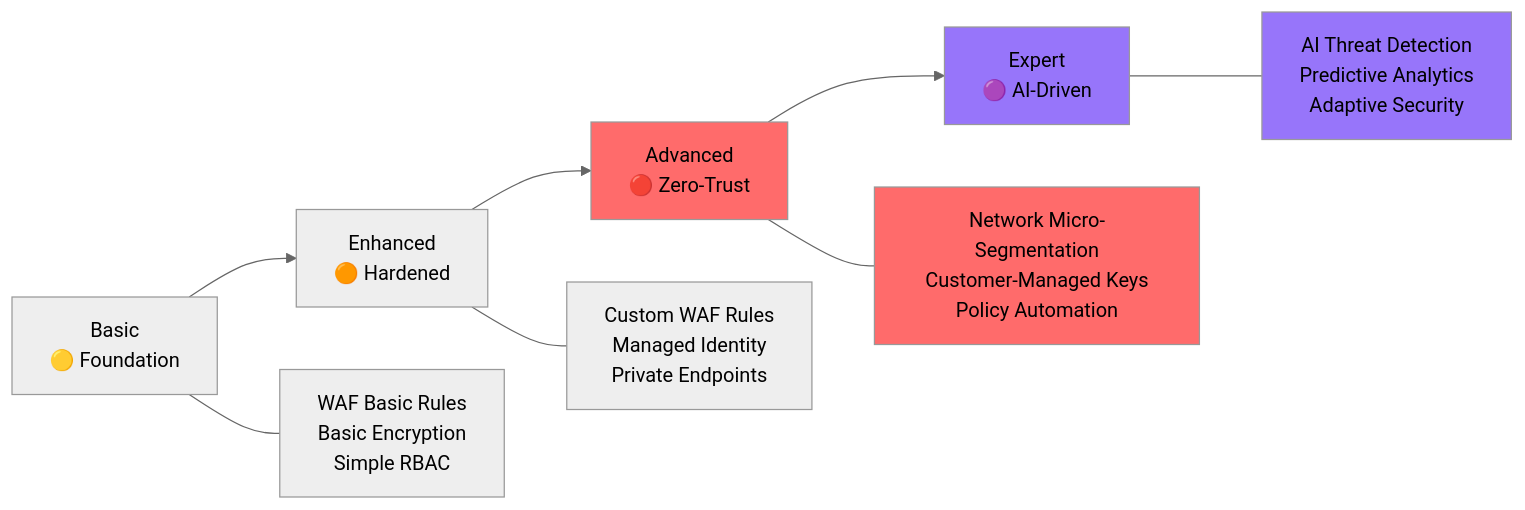
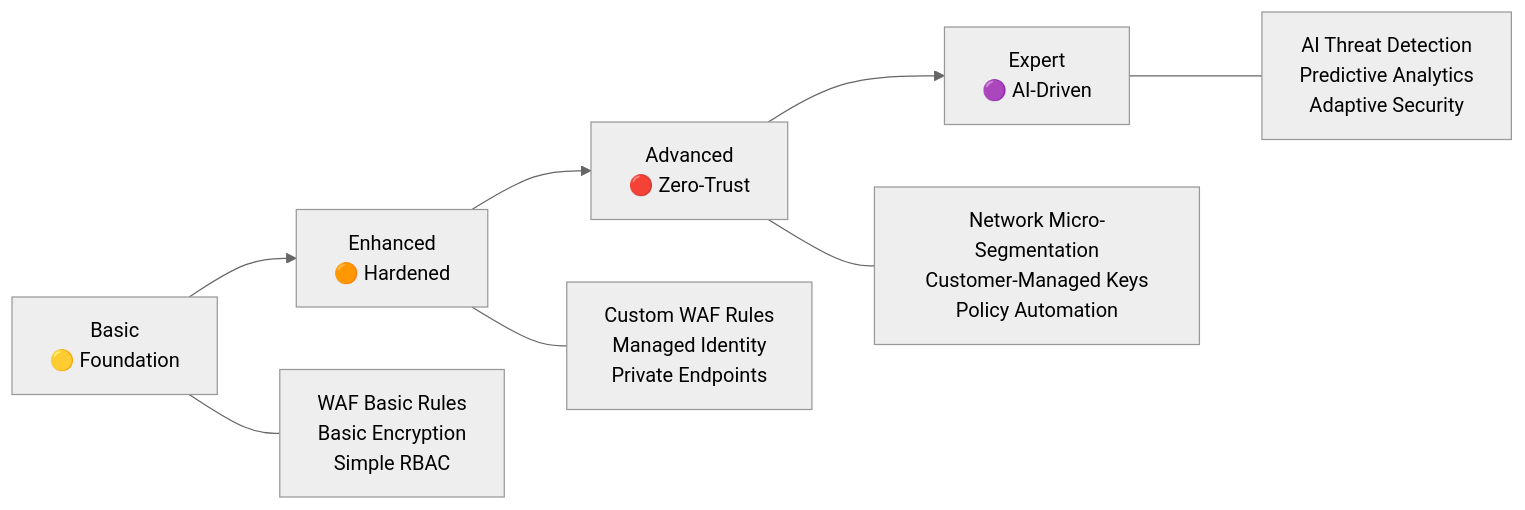
The diagram in docs/SECURITY_GUIDE.md (srnichols/StampsPattern), drawn with Mermaid (neutral theme) before and after one commit. The commit also changed 10 other files, not shown here.

Commit message:
docs: add Mermaid theme sample with per-diagram init (neutral/dark)

````diff
--- a/docs/SECURITY_GUIDE.md
+++ b/docs/SECURITY_GUIDE.md
@@ -71,21 +71,17 @@
 ```mermaid
 graph LR
   A[Basic\n🟡 Foundation] --> B[Enhanced\n🟠 Hardened]
   B --> C[Advanced\n🔴 Zero-Trust]
   C --> D[Expert\n🟣 AI-Driven]
     
   A1[WAF Basic Rules\nBasic Encryption\nSimple RBAC]
   B1[Custom WAF Rules\nManaged Identity\nPrivate Endpoints]
   C1[Network Micro-Segmentation\nCustomer-Managed Keys\nPolicy Automation]
   D1[AI Threat Detection\nPredictive Analytics\nAdaptive Security]
     
   A --- A1
   B --- B1  
   C --- C1
   D --- D1
-    
-  style C fill:#ff6b6b
-  style D fill:#9775fa
-  style C1 fill:#ff6b6b
-  style D1 fill:#9775fa
+  
 ```
````
